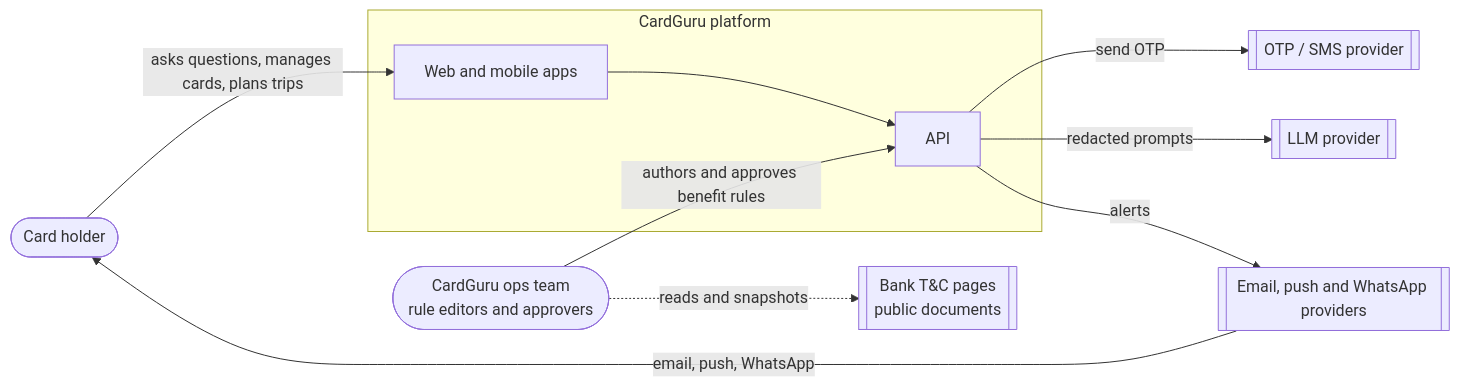
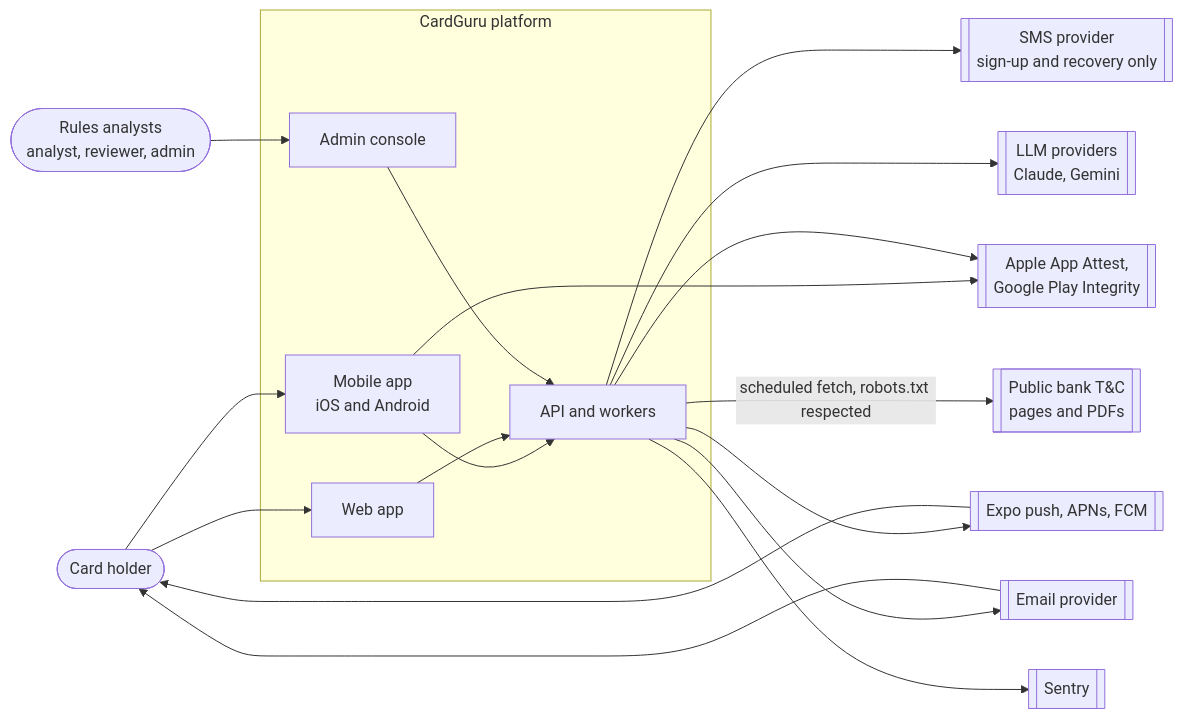
Before and after one commit to bsandipan88/CardGuru: the first of 9 diagrams in docs/ARCHITECTURE.md, drawn with Mermaid. The commit also changed other lines of this file and 3 other files, not shown here.

First line of the commit message:
docs: align architecture with BUILD_PROMPTS.md and add build prompts

````diff
--- a/docs/ARCHITECTURE.md
+++ b/docs/ARCHITECTURE.md
@@ -35,24 +48,32 @@
 ```mermaid
 flowchart LR
     user([Card holder])
-    ops([CardGuru ops team<br/>rule editors and approvers])
+    analyst([Rules analysts<br/>analyst, reviewer, admin])
 
     subgraph cg[CardGuru platform]
-        app[Web and mobile apps]
-        api[API]
+        mobile[Mobile app<br/>iOS and Android]
+        web[Web app]
+        admin[Admin console]
+        backend[API and workers]
     end
 
-    otp[[OTP / SMS provider]]
-    llm[[LLM provider]]
-    notify[[Email, push and WhatsApp providers]]
-    banks[[Bank T&C pages<br/>public documents]]
+    sms[[SMS provider<br/>sign-up and recovery only]]
+    llm[[LLM providers<br/>Claude, Gemini]]
+    push[[Expo push, APNs, FCM]]
+    email[[Email provider]]
+    banks[[Public bank T&C<br/>pages and PDFs]]
+    attest[[Apple App Attest,<br/>Google Play Integrity]]
+    obs[[Sentry]]
 
-    user -->|asks questions, manages cards, plans trips| app
-    app --> api
-    ops -->|authors and approves benefit rules| api
-    api -->|send OTP| otp
-    api -->|redacted prompts| llm
-    api -->|alerts| notify
-    notify -->|email, push, WhatsApp| user
-    ops -.->|reads and snapshots| banks
+    user --> mobile & web
+    analyst --> admin
+    mobile & web & admin --> backend
+    backend --> sms
+    backend --> llm
+    backend --> push & email
+    push & email --> user
+    backend -->|scheduled fetch, robots.txt respected| banks
+    mobile --> attest
+    backend --> attest
+    backend --> obs
 ```
````
